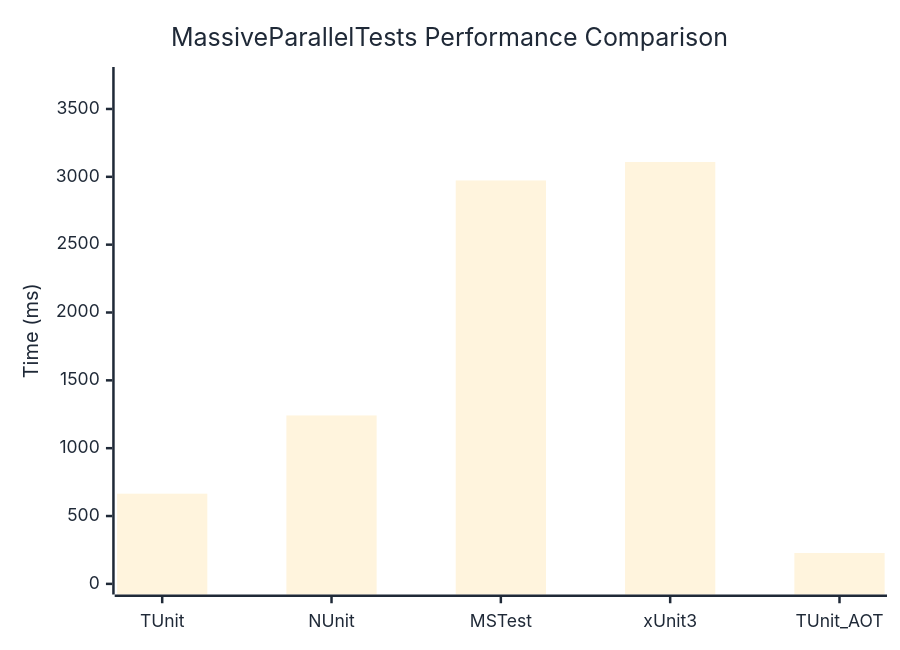
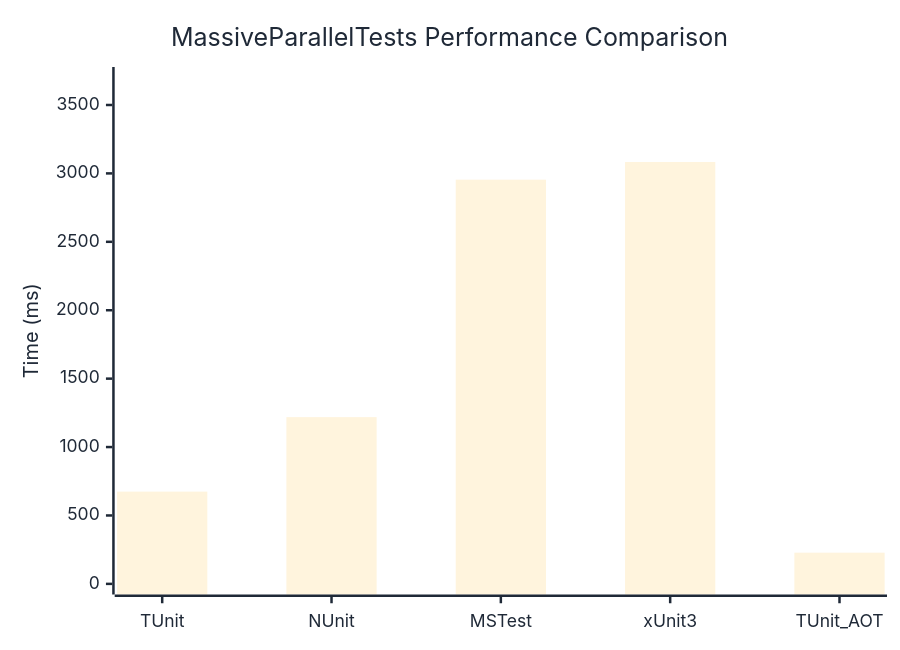
One commit to thomhurst/TUnit changed the diagram in docs/docs/benchmarks/MassiveParallelTests.md. Above: the diagram before and after it, drawn with Mermaid. The commit also changed other lines of this file and 17 other files, not shown here.

````diff
--- a/docs/docs/benchmarks/MassiveParallelTests.md
+++ b/docs/docs/benchmarks/MassiveParallelTests.md
@@ -27,37 +27,37 @@
 ```mermaid
 %%{init: {
   'theme':'base',
   'themeVariables': {
     'primaryColor': '#2563eb',
     'primaryTextColor': '#1f2937',
     'primaryBorderColor': '#1e40af',
     'lineColor': '#6b7280',
     'secondaryColor': '#7c3aed',
     'tertiaryColor': '#dc2626',
     'background': '#ffffff',
     'mainBkg': '#2563eb',
     'secondBkg': '#7c3aed',
     'tertiaryBkg': '#dc2626',
     'clusterBkg': '#f3f4f6',
     'edgeLabelBackground': '#ffffff',
     'tertiaryTextColor': '#1f2937',
     'pie1': '#2563eb',
     'pie2': '#7c3aed',
     'pie3': '#dc2626',
     'pie4': '#f59e0b',
     'pie5': '#10b981',
     'pie6': '#06b6d4',
     'pie7': '#ec4899',
     'pie8': '#6366f1',
     'pie9': '#84cc16',
     'pie10': '#f97316',
     'pie11': '#14b8a6',
     'pie12': '#a855f7'
   }
 }}%%
 xychart-beta
   title "MassiveParallelTests Performance Comparison"
   x-axis ["TUnit", "NUnit", "MSTest", "xUnit3", "TUnit_AOT"]
-  y-axis "Time (ms)" 0 --> 3731
-  bar [664.7, 1241.4, 2973.1, 3109, 227.6]
+  y-axis "Time (ms)" 0 --> 3700
+  bar [674.3, 1218.7, 2954.2, 3083.2, 228.1]
 ```
````
